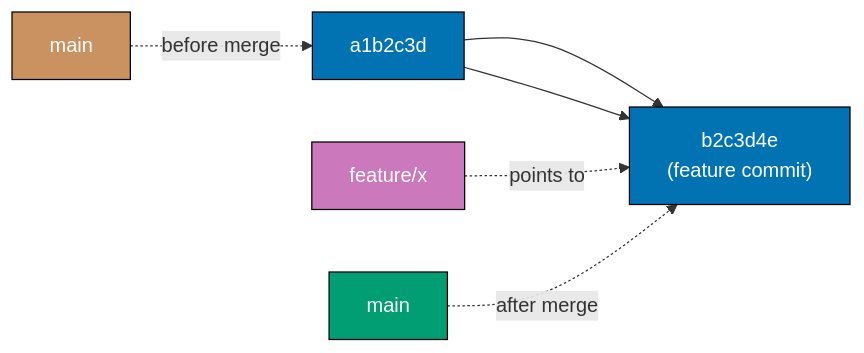
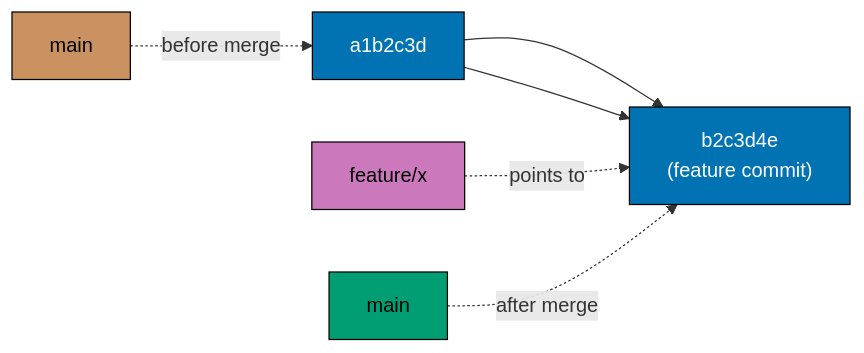
One commit to wahidyankf/ose-public changed the sixth of 6 diagrams in apps/ayokoding-www/content/en/learn/legacy/software-engineering/automation-tools/git/by-example/beginner.md. Above: the diagram before and after it, drawn with Mermaid. The commit also changed other lines of this file and 131 other files, not shown here.

First line of the commit message:
fix(mermaid): bring the legacy data, infrastructure, and testing diagrams onto the accessible palette

````diff
--- a/apps/ayokoding-www/content/en/learn/legacy/software-engineering/automation-tools/git/by-example/beginner.md
+++ b/apps/ayokoding-www/content/en/learn/legacy/software-engineering/automation-tools/git/by-example/beginner.md
@@ -1115,16 +1147,23 @@
 ```mermaid
 graph LR
+    accTitle: Example 26: Fast-Forward Merge
+    accDescr: Graph with 5 nodes and 5 connections. Nodes: a1b2c3d, b2c3d4e (feature commit), main, feature/x, main. Connections: a1b2c3d to b2c3d4e (feature commit), main to a1b2c3d (before merge), feature/x to b2c3d4e (feature commit) (points to), a1b2c3d to b2c3d4e (feature commit), main to b2c3d4e (feature commit) (after merge).
     A["a1b2c3d"] --> B["b2c3d4e<br/>(feature commit)"]
 
     C["main"] -.->|before merge| A
     D["feature/x"] -.->|points to| B
 
     A --> B
     E["main"] -.->|after merge| B
 
-    style A fill:#0173B2,stroke:#000,color:#fff
-    style B fill:#0173B2,stroke:#000,color:#fff
-    style C fill:#CA9161,stroke:#000,color:#fff
-    style D fill:#CC78BC,stroke:#000,color:#fff
-    style E fill:#029E73,stroke:#000,color:#fff
+    classDef pal-0173B2 fill:#0173B2,stroke:#000000,color:#FFFFFF
+    class A pal-0173B2
+    class B pal-0173B2
+    classDef pal-CA9161 fill:#CA9161,stroke:#000000,color:#000000
+    class C pal-CA9161
+    classDef pal-CC78BC fill:#CC78BC,stroke:#000000,color:#000000
+    class D pal-CC78BC
+    classDef pal-029E73 fill:#029E73,stroke:#000000,color:#000000
+    class E pal-029E73
+    classDef default fill:#FFFFFF,stroke:#000000,color:#000000
 ```
````
